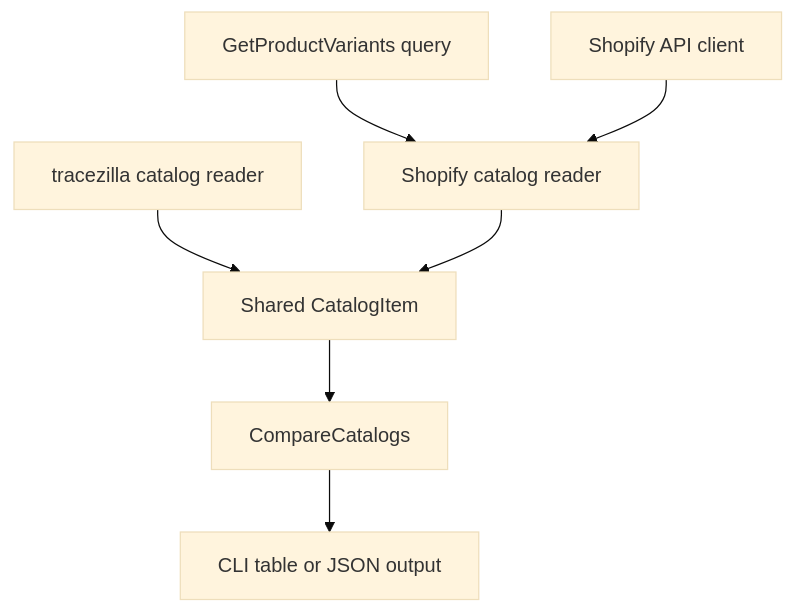
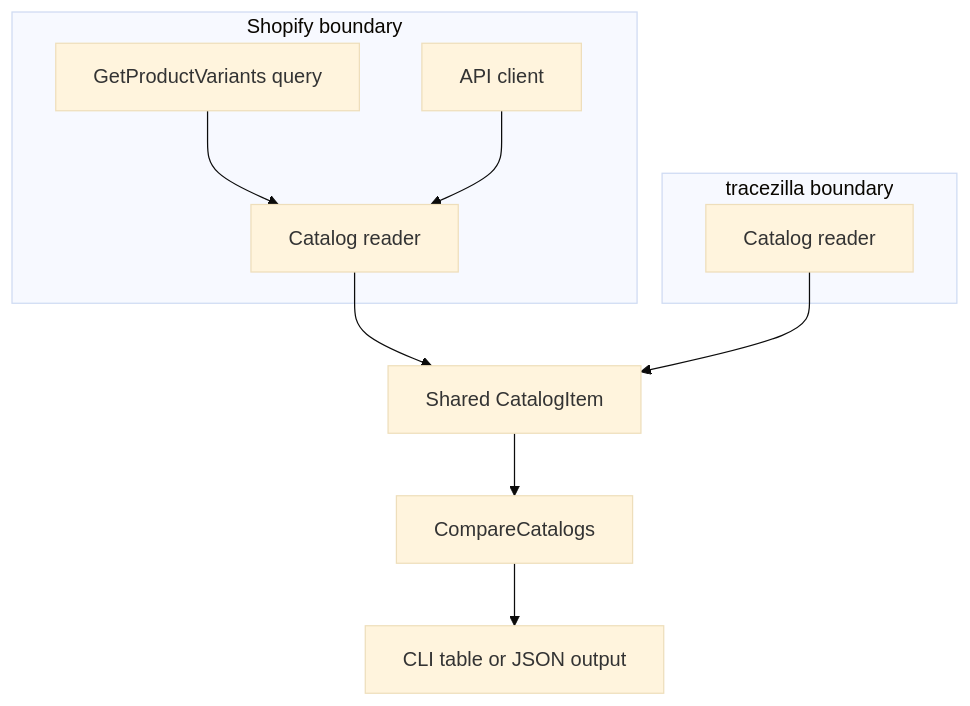
The diagram in shopify/java.md (Happy-Bananas/tracezilla-integrations-docs), drawn with Mermaid (base theme) before and after one commit. The commit also changed other lines of this file and 11 other files, not shown here.

```diff
--- a/shopify/java.md
+++ b/shopify/java.md
@@ -55,9 +54,14 @@
 <pre class="mermaid">
 flowchart TB
-    Query[GetProductVariants query] --> ShopifyCatalog[Shopify catalog reader]
-    ShopifyClient[Shopify API client] --> ShopifyCatalog
-    TracezillaCatalog[tracezilla catalog reader] --> Model[Shared CatalogItem]
-    ShopifyCatalog --> Model
+    subgraph Shopify[Shopify boundary]
+        Query[GetProductVariants query] --> ShopifyCatalog[Catalog reader]
+        ShopifyClient[API client] --> ShopifyCatalog
+    end
+    subgraph Tracezilla[tracezilla boundary]
+        TracezillaCatalog[Catalog reader]
+    end
+    ShopifyCatalog --> Model[Shared CatalogItem]
+    TracezillaCatalog --> Model
     Model --> Workflow[CompareCatalogs]
     Workflow --> Main[CLI table or JSON output]
 </pre>
```
